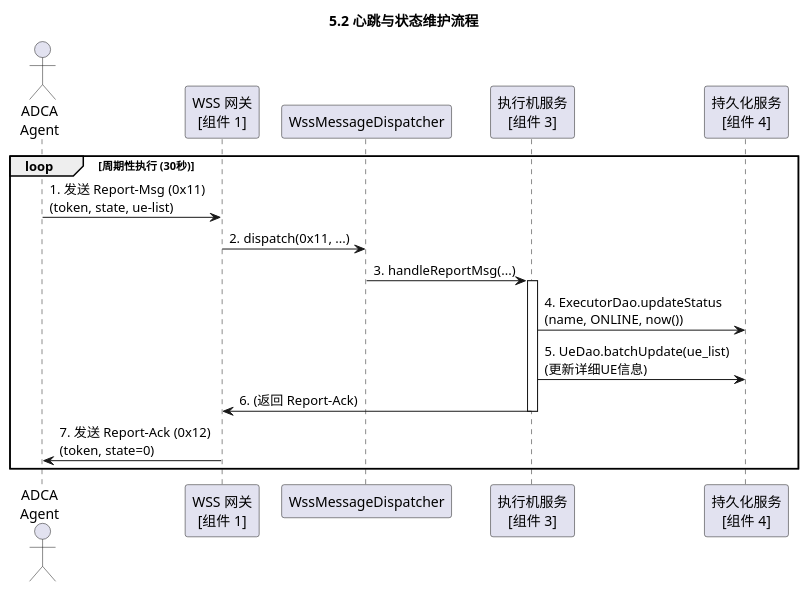
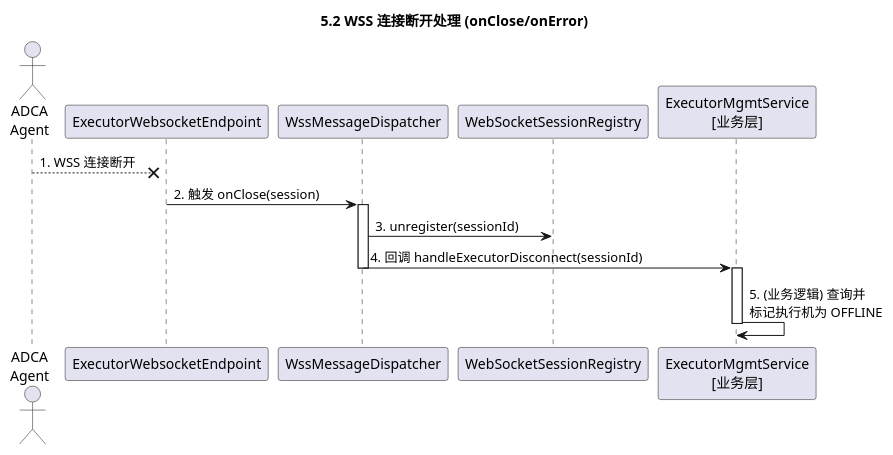
One commit to GuiHongli/DialTestCenter changed the fourth of 8 diagrams in AR软件实现设计文档/执行机管理/执行机管理-WebSocket通信协议设计.md. Above: the diagram before and after it, drawn with PlantUML. The commit also changed other lines of this file and 48 other files, not shown here.

````diff
--- a/AR软件实现设计文档/执行机管理/执行机管理-WebSocket通信协议设计.md
+++ b/AR软件实现设计文档/执行机管理/执行机管理-WebSocket通信协议设计.md
@@ -534,26 +691,24 @@
 ```plantuml
 @startuml
-title 5.2 心跳与状态维护流程
+title 5.2 WSS 连接断开处理 (onClose/onError)
 
 actor "ADCA\nAgent" as Agent
-participant "WSS 网关\n[组件 1]" as Wss
+participant "ExecutorWebsocketEndpoint" as Endpoint
 participant "WssMessageDispatcher" as Dispatcher
-participant "执行机服务\n[组件 3]" as ExecService
-participant "持久化服务\n[组件 4]" as Dao
+participant "WebSocketSessionRegistry" as Registry
+participant "ExecutorMgmtService\n[业务层]" as ExecService
 
-loop 周期性执行 (30秒)
-    Agent -> Wss : 1. 发送 Report-Msg (0x11)\n(token, state, ue-list)
-    Wss -> Dispatcher : 2. dispatch(0x11, ...)
-    Dispatcher -> ExecService : 3. handleReportMsg(...)
+' 场景: Agent 意外断线
+Agent --x Endpoint : 1. WSS 连接断开
+Endpoint -> Dispatcher : 2. 触发 onClose(session)
 
-    activate ExecService
-        ExecService -> Dao : 4. ExecutorDao.updateStatus\n(name, ONLINE, now())
-        ExecService -> Dao : 5. UeDao.batchUpdate(ue_list)\n(更新详细UE信息)
-        ExecService -> Wss : 6. (返回 Report-Ack)
-    deactivate ExecService
-    
-    Wss -> Agent : 7. 发送 Report-Ack (0x12)\n(token, state=0)
-end
+activate Dispatcher
+    Dispatcher -> Registry : 3. unregister(sessionId)
+    Dispatcher -> ExecService : 4. 回调 handleExecutorDisconnect(sessionId)
+deactivate Dispatcher
 
+activate ExecService
+    ExecService -> ExecService : 5. (业务逻辑) 查询并\n标记执行机为 OFFLINE
+deactivate ExecService
 @enduml
 ```
````
